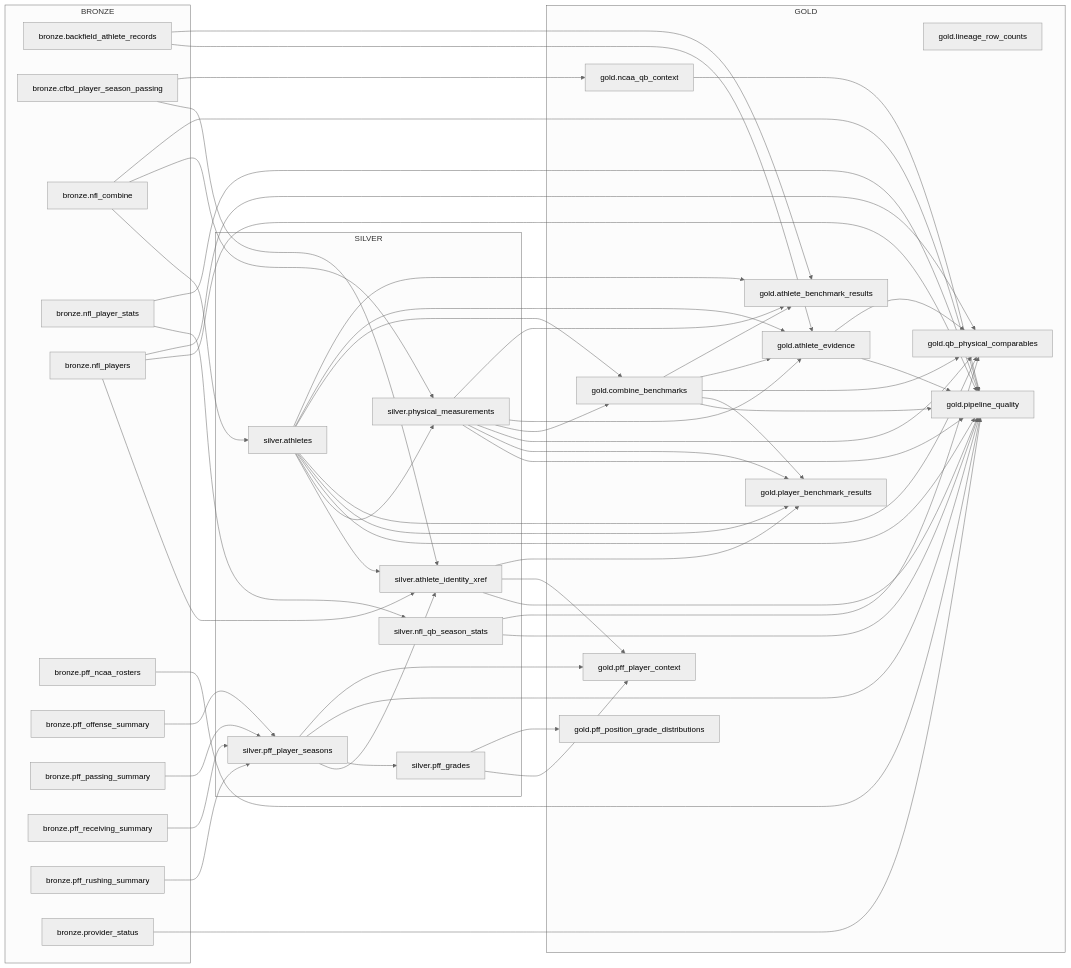
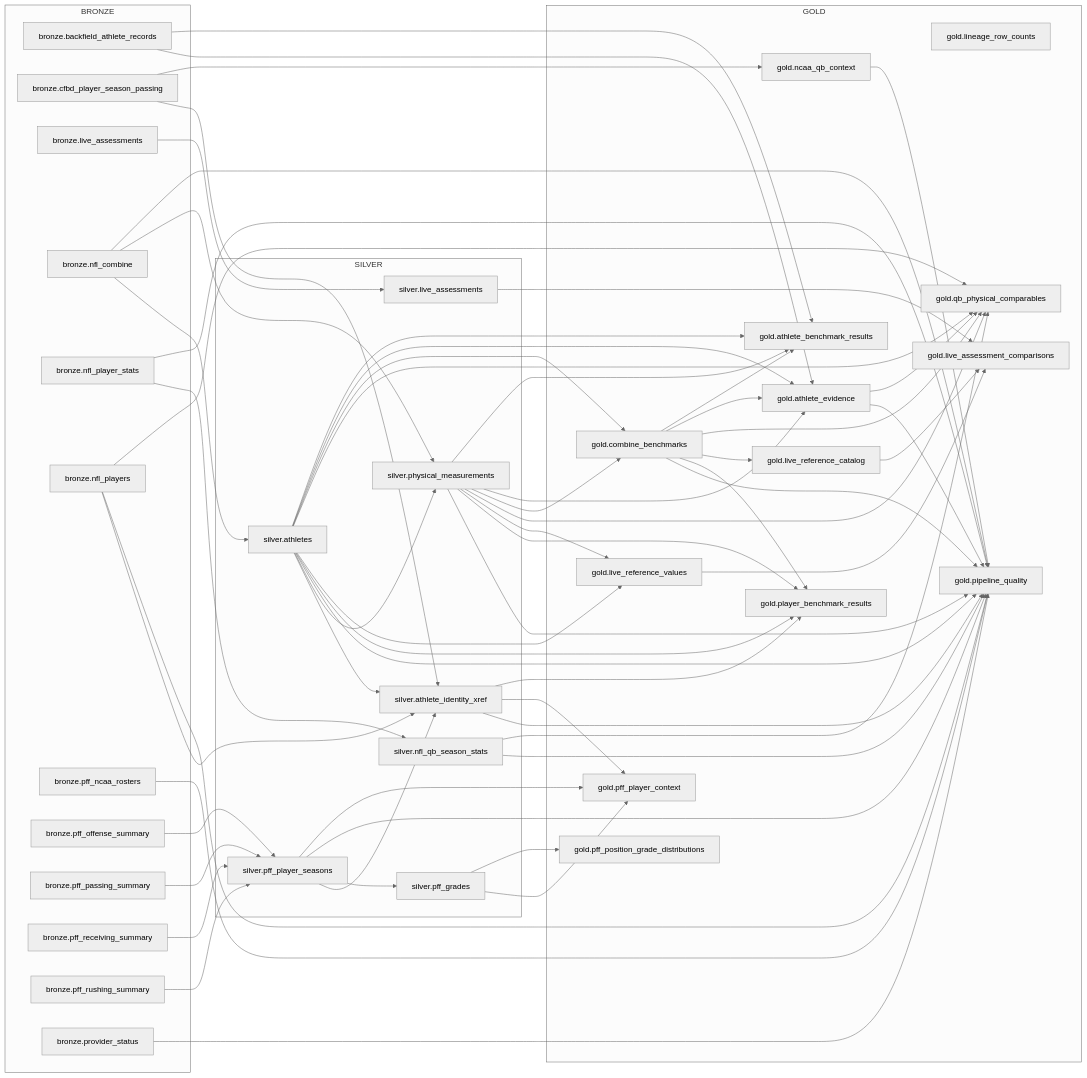
One commit to omarubilla/backfield-bruin changed the diagram in docs/evidence/lineage.mmd. Above: the diagram before and after it, drawn with Mermaid (neutral theme). The commit also changed 34 other files, not shown here.

First line of the commit message:
Live athlete combine assessments: 10-yd audit, ingest API, Bruin live assets

```diff
--- a/docs/evidence/lineage.mmd
+++ b/docs/evidence/lineage.mmd
@@ -1,85 +1,97 @@
 flowchart LR
   subgraph BRONZE
     bronze_backfield_athlete_records["bronze.backfield_athlete_records"]
     bronze_cfbd_player_season_passing["bronze.cfbd_player_season_passing"]
+    bronze_live_assessments["bronze.live_assessments"]
     bronze_nfl_combine["bronze.nfl_combine"]
     bronze_nfl_player_stats["bronze.nfl_player_stats"]
     bronze_nfl_players["bronze.nfl_players"]
     bronze_pff_ncaa_rosters["bronze.pff_ncaa_rosters"]
     bronze_pff_offense_summary["bronze.pff_offense_summary"]
     bronze_pff_passing_summary["bronze.pff_passing_summary"]
     bronze_pff_receiving_summary["bronze.pff_receiving_summary"]
     bronze_pff_rushing_summary["bronze.pff_rushing_summary"]
     bronze_provider_status["bronze.provider_status"]
   end
   subgraph SILVER
     silver_athlete_identity_xref["silver.athlete_identity_xref"]
     silver_athletes["silver.athletes"]
+    silver_live_assessments["silver.live_assessments"]
     silver_nfl_qb_season_stats["silver.nfl_qb_season_stats"]
     silver_pff_grades["silver.pff_grades"]
     silver_pff_player_seasons["silver.pff_player_seasons"]
     silver_physical_measurements["silver.physical_measurements"]
   end
   subgraph GOLD
     gold_athlete_benchmark_results["gold.athlete_benchmark_results"]
     gold_athlete_evidence["gold.athlete_evidence"]
     gold_combine_benchmarks["gold.combine_benchmarks"]
     gold_lineage_row_counts["gold.lineage_row_counts"]
+    gold_live_assessment_comparisons["gold.live_assessment_comparisons"]
+    gold_live_reference_catalog["gold.live_reference_catalog"]
+    gold_live_reference_values["gold.live_reference_values"]
     gold_ncaa_qb_context["gold.ncaa_qb_context"]
     gold_pff_player_context["gold.pff_player_context"]
     gold_pff_position_grade_distributions["gold.pff_position_grade_distributions"]
     gold_pipeline_quality["gold.pipeline_quality"]
     gold_player_benchmark_results["gold.player_benchmark_results"]
     gold_qb_physical_comparables["gold.qb_physical_comparables"]
   end
   bronze_nfl_player_stats --> silver_nfl_qb_season_stats
   silver_pff_player_seasons --> silver_athlete_identity_xref
   bronze_nfl_players --> silver_athlete_identity_xref
   silver_athletes --> silver_athlete_identity_xref
   bronze_cfbd_player_season_passing --> silver_athlete_identity_xref
   silver_pff_player_seasons --> silver_pff_grades
   bronze_nfl_combine --> silver_athletes
   bronze_pff_passing_summary --> silver_pff_player_seasons
   bronze_pff_rushing_summary --> silver_pff_player_seasons
   bronze_pff_receiving_summary --> silver_pff_player_seasons
   bronze_pff_offense_summary --> silver_pff_player_seasons
+  bronze_live_assessments --> silver_live_assessments
   silver_athletes --> silver_physical_measurements
   bronze_nfl_combine --> silver_physical_measurements
   bronze_nfl_combine --> gold_pipeline_quality
   bronze_nfl_players --> gold_pipeline_quality
   bronze_nfl_player_stats --> gold_pipeline_quality
   bronze_provider_status --> gold_pipeline_quality
   silver_physical_measurements --> gold_pipeline_quality
   silver_athletes --> gold_pipeline_quality
   silver_nfl_qb_season_stats --> gold_pipeline_quality
   gold_combine_benchmarks --> gold_pipeline_quality
   gold_athlete_evidence --> gold_pipeline_quality
   gold_ncaa_qb_context --> gold_pipeline_quality
   silver_pff_player_seasons --> gold_pipeline_quality
   silver_athlete_identity_xref --> gold_pipeline_quality
   bronze_pff_ncaa_rosters --> gold_pipeline_quality
   silver_pff_player_seasons --> gold_pff_player_context
   silver_pff_grades --> gold_pff_player_context
   silver_athlete_identity_xref --> gold_pff_player_context
   silver_athlete_identity_xref --> gold_player_benchmark_results
   silver_athletes --> gold_player_benchmark_results
   silver_physical_measurements --> gold_player_benchmark_results
   gold_combine_benchmarks --> gold_player_benchmark_results
+  gold_combine_benchmarks --> gold_live_reference_catalog
   bronze_cfbd_player_season_passing --> gold_ncaa_qb_context
+  silver_physical_measurements --> gold_live_reference_values
+  silver_athletes --> gold_live_reference_values
   gold_athlete_evidence --> gold_qb_physical_comparables
   gold_combine_benchmarks --> gold_qb_physical_comparables
   silver_physical_measurements --> gold_qb_physical_comparables
   silver_athletes --> gold_qb_physical_comparables
   silver_nfl_qb_season_stats --> gold_qb_physical_comparables
   bronze_nfl_players --> gold_qb_physical_comparables
   silver_physical_measurements --> gold_combine_benchmarks
   silver_athletes --> gold_combine_benchmarks
   bronze_backfield_athlete_records --> gold_athlete_evidence
   silver_physical_measurements --> gold_athlete_evidence
   silver_athletes --> gold_athlete_evidence
   gold_combine_benchmarks --> gold_athlete_evidence
+  silver_live_assessments --> gold_live_assessment_comparisons
+  gold_live_reference_catalog --> gold_live_assessment_comparisons
+  gold_live_reference_values --> gold_live_assessment_comparisons
   silver_pff_grades --> gold_pff_position_grade_distributions
   bronze_backfield_athlete_records --> gold_athlete_benchmark_results
   silver_physical_measurements --> gold_athlete_benchmark_results
   silver_athletes --> gold_athlete_benchmark_results
   gold_combine_benchmarks --> gold_athlete_benchmark_results
```
